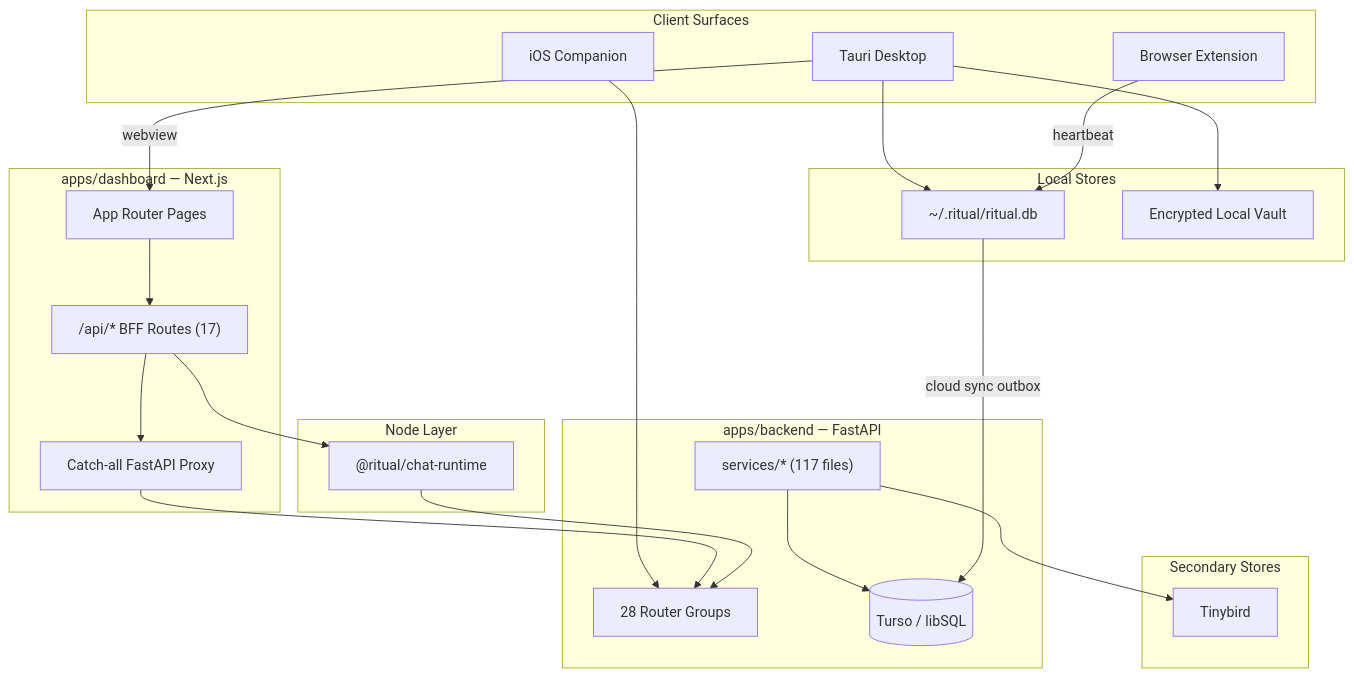
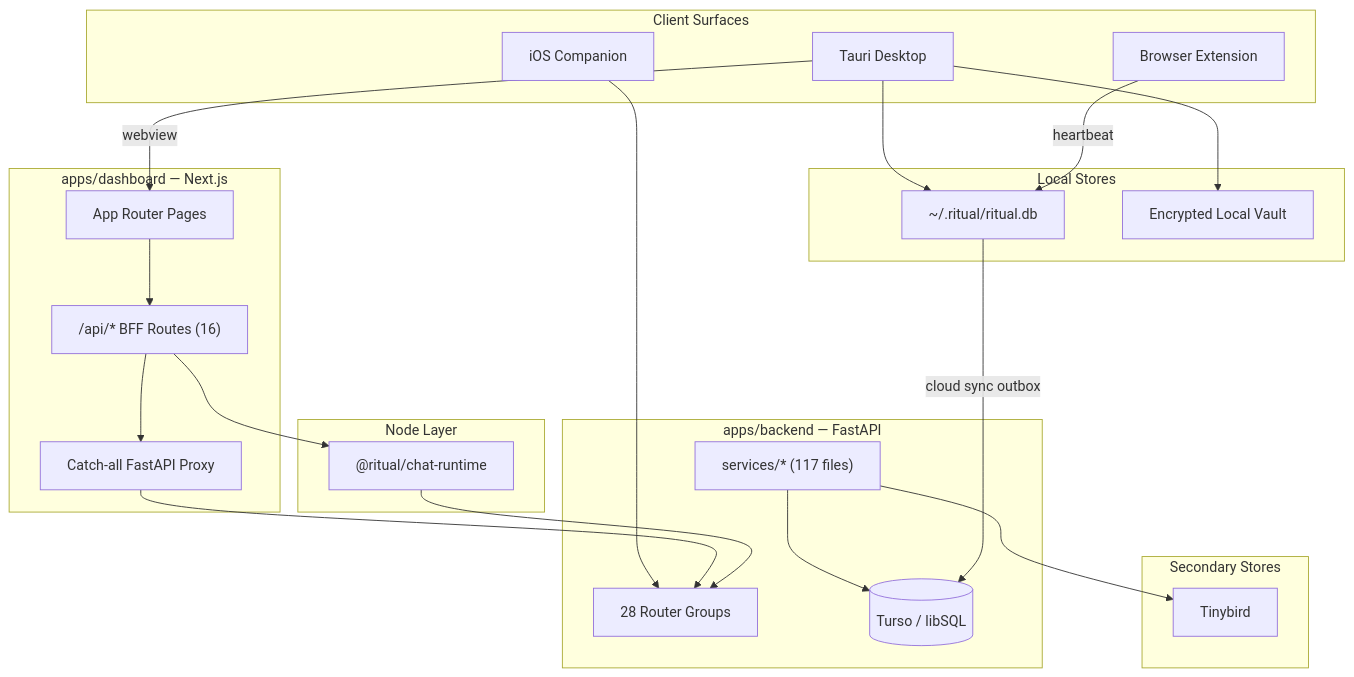
Before and after one commit to NickGardner0/ritual-desktop-main: the diagram in docs/architecture/current-architecture.md, drawn with Mermaid. The commit also changed other lines of this file and 33 other files, not shown here.

````diff
--- a/docs/architecture/current-architecture.md
+++ b/docs/architecture/current-architecture.md
@@ -116,47 +116,47 @@
 ```mermaid
 flowchart TB
   subgraph clients [Client Surfaces]
     Desktop[Tauri Desktop]
     iOS[iOS Companion]
     Ext[Browser Extension]
   end
 
   subgraph dashboard [apps/dashboard — Next.js]
     UI[App Router Pages]
-    BFF["/api/* BFF Routes (17)"]
+    BFF["/api/* BFF Routes (16)"]
     CatchAll["Catch-all FastAPI Proxy"]
   end
 
   subgraph node [Node Layer]
     ChatRT["@ritual/chat-runtime"]
   end
 
   subgraph backend [apps/backend — FastAPI]
     Routers[28 Router Groups]
     Services["services/* (117 files)"]
     DB[(Turso / libSQL)]
   end
 
   subgraph local [Local Stores]
     RitualDB["~/.ritual/ritual.db"]
     Vault[Encrypted Local Vault]
   end
 
   subgraph secondary [Secondary Stores]
     TB[Tinybird]
   end
 
   Desktop -->|webview| UI
   Desktop --> RitualDB
   Desktop --> Vault
   Ext -->|heartbeat| RitualDB
   iOS --> Routers
   UI --> BFF
   BFF --> CatchAll
   CatchAll --> Routers
   BFF --> ChatRT
   ChatRT --> Routers
   Services --> DB
   Services --> TB
   RitualDB -->|cloud sync outbox| DB
 ```
````
